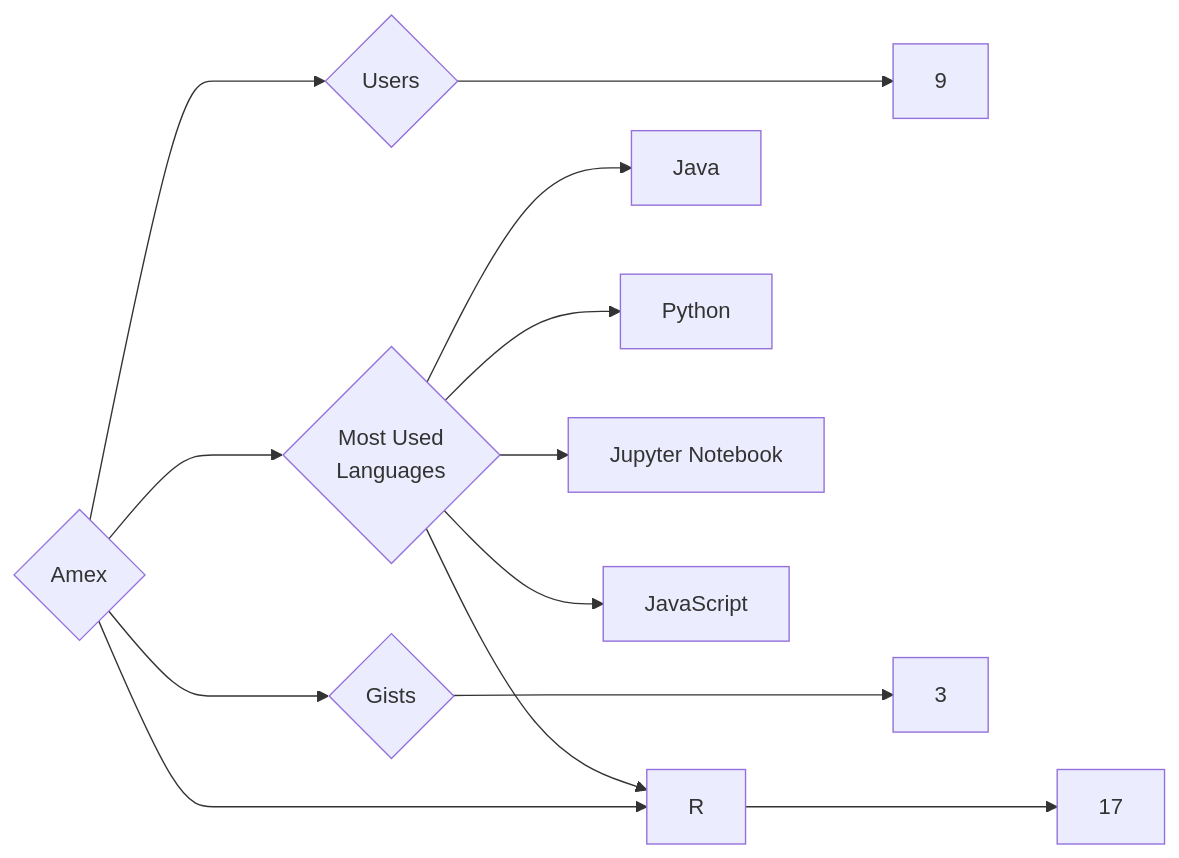
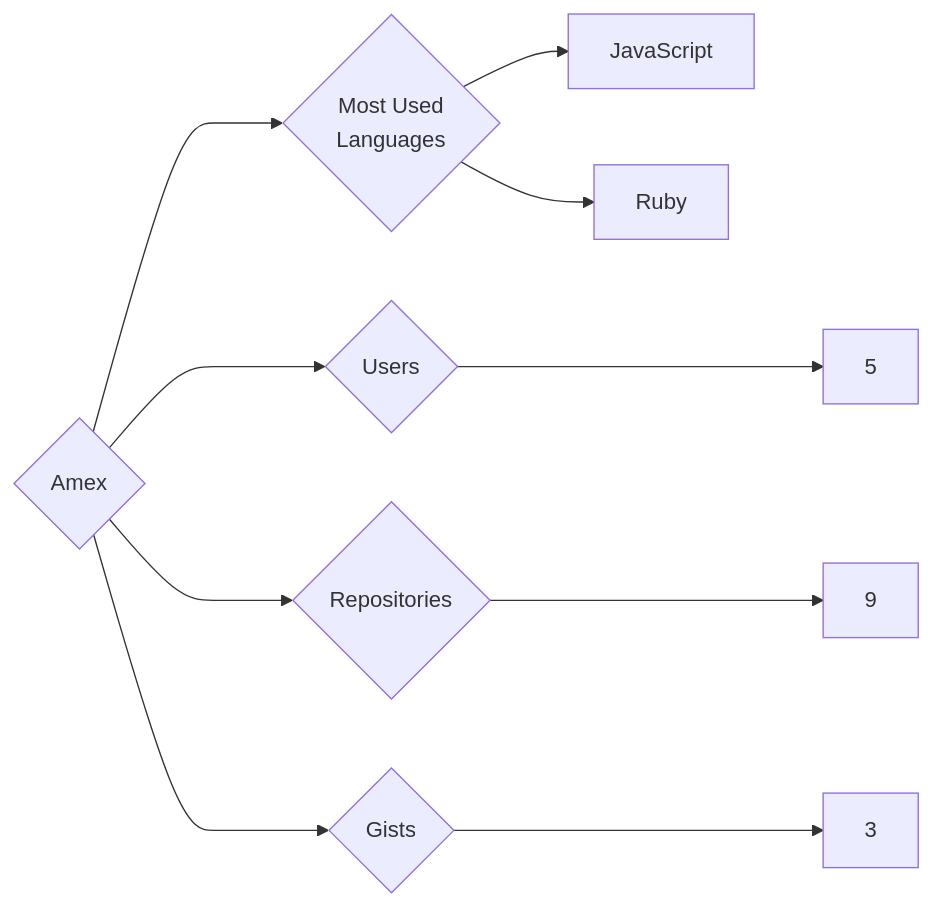
Before and after one commit to trickest/insiders: the diagram in targets/Amex/README.md, drawn with Mermaid. The commit also changed 1141 other files, not shown here.

````diff
--- a/targets/Amex/README.md
+++ b/targets/Amex/README.md
@@ -3,13 +3,10 @@
 ```mermaid
 graph LR
 COMPANY_NAME{Amex}
-COMPANY_NAME ---> U{Users} ---> UN[9]
-COMPANY_NAME ---> R{Repositories} ---> RN[17]
+COMPANY_NAME ---> U{Users} ---> UN[5]
+COMPANY_NAME ---> R{Repositories} ---> RN[9]
 COMPANY_NAME ---> G{Gists} ---> GN[3]
 COMPANY_NAME ---> ML{Most Used<br>Languages}
-ML --> Java[Java]
-ML --> Python[Python]
-ML --> R[R]
-ML --> Jupyter_Notebook[Jupyter Notebook]
 ML --> JavaScript[JavaScript]
+ML --> Ruby[Ruby]
 ```
````
